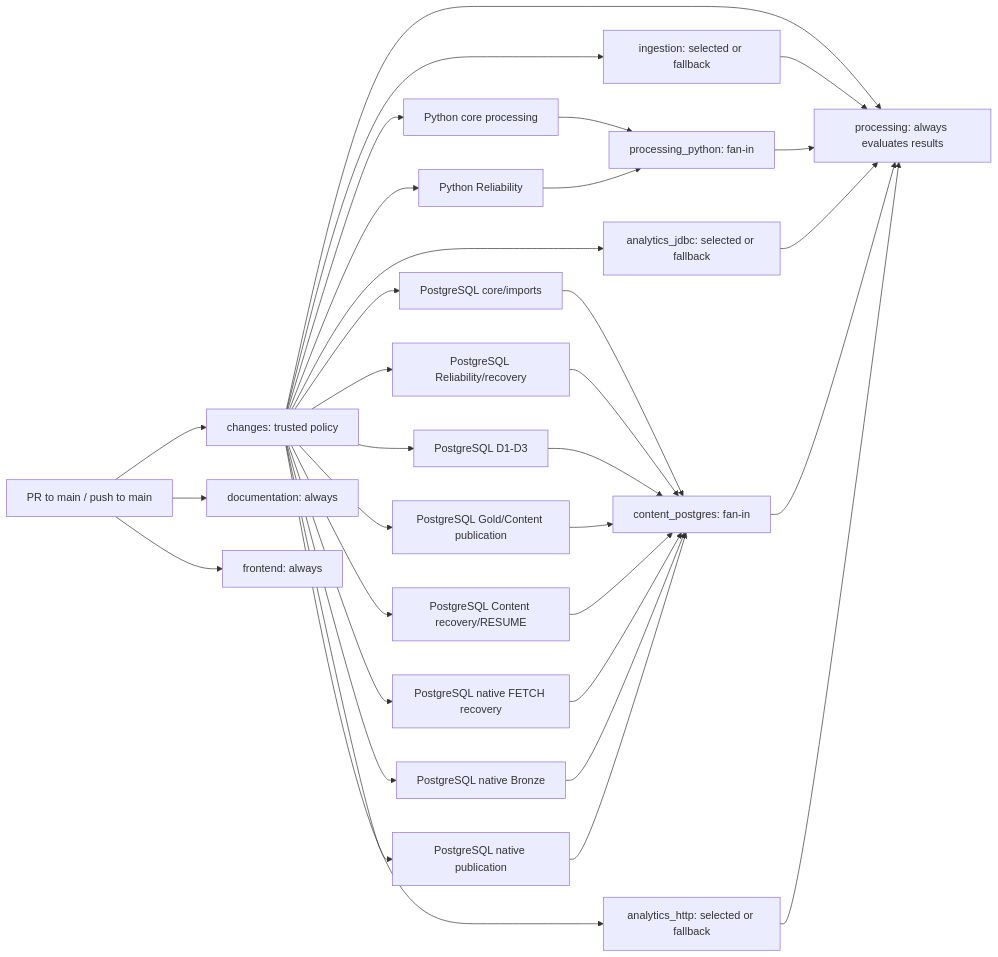
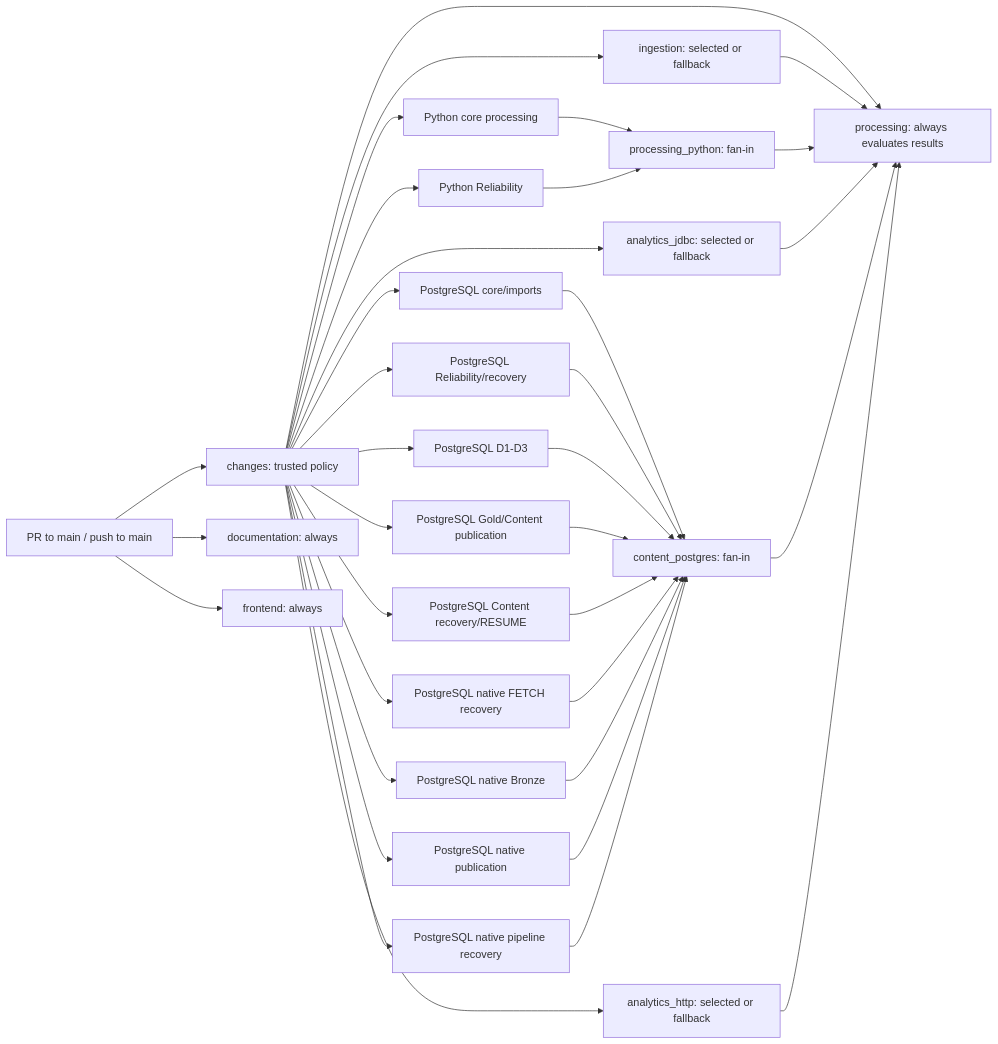
One commit to saurabh-tayade/distributed-data-intelligence-platform changed the diagram in docs/operations/ci.md. Above: the diagram before and after it, drawn with Mermaid. The commit also changed other lines of this file and 9 other files, not shown here.

````diff
--- a/docs/operations/ci.md
+++ b/docs/operations/ci.md
@@ -40,35 +40,37 @@
 ```mermaid
 flowchart LR
   event[PR to main / push to main] --> changes[changes: trusted policy]
   event --> docs[documentation: always]
   event --> frontend[frontend: always]
   changes --> ingestion[ingestion: selected or fallback]
   changes --> pycore[Python core processing]
   changes --> pyreliability[Python Reliability]
   pycore --> python[processing_python: fan-in]
   pyreliability --> python
   changes --> jdbc[analytics_jdbc: selected or fallback]
   changes --> pgcore[PostgreSQL core/imports]
   changes --> pgrel[PostgreSQL Reliability/recovery]
   changes --> pgingest[PostgreSQL D1-D3]
   changes --> pggold[PostgreSQL Gold/Content publication]
   changes --> pgrecovery[PostgreSQL Content recovery/RESUME]
   changes --> pgnative[PostgreSQL native FETCH recovery]
   changes --> pgbronze[PostgreSQL native Bronze]
   changes --> pgpublication[PostgreSQL native publication]
+  changes --> pgpipeline[PostgreSQL native pipeline recovery]
   pgcore --> postgres[content_postgres: fan-in]
   pgrel --> postgres
   pgingest --> postgres
   pggold --> postgres
   pgrecovery --> postgres
   pgnative --> postgres
   pgbronze --> postgres
   pgpublication --> postgres
+  pgpipeline --> postgres
   changes --> http[analytics_http: selected or fallback]
   changes --> gate[processing: always evaluates results]
   ingestion --> gate
   python --> gate
   jdbc --> gate
   postgres --> gate
   http --> gate
 ```
````
